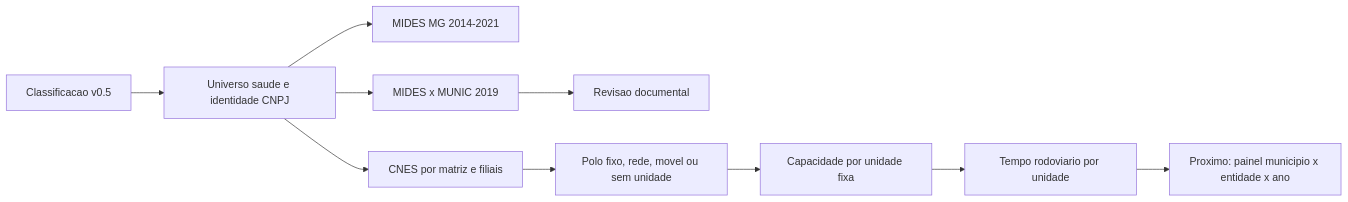
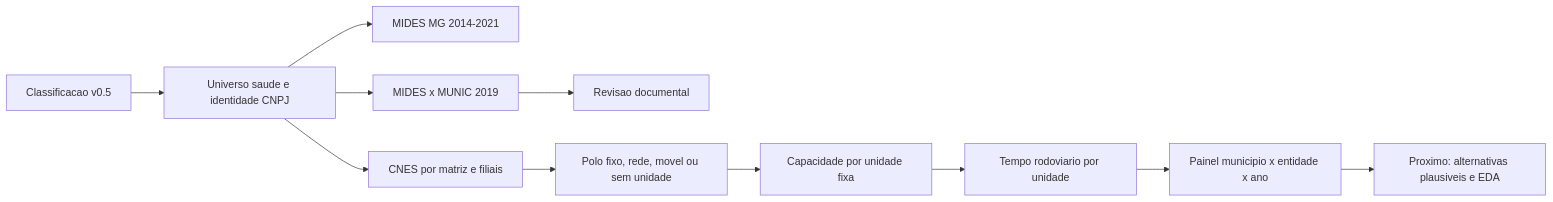
One commit to driano1221/consorcios-mg-dados-territorio changed the diagram in analises/modelo_gravitacional_saude/README.md. Above: the diagram before and after it, drawn with Mermaid. The commit also changed other lines of this file and 9 other files, not shown here.

````diff
--- a/analises/modelo_gravitacional_saude/README.md
+++ b/analises/modelo_gravitacional_saude/README.md
@@ -33,12 +35,13 @@
 ```mermaid
 flowchart LR
   A[Classificacao v0.5] --> B[Universo saude e identidade CNPJ]
   B --> C[MIDES MG 2014-2021]
   B --> D[MIDES x MUNIC 2019]
   D --> E[Revisao documental]
   B --> F[CNES por matriz e filiais]
   F --> G[Polo fixo, rede, movel ou sem unidade]
   G --> H[Capacidade por unidade fixa]
   H --> I[Tempo rodoviario por unidade]
-  I --> J[Proximo: painel municipio x entidade x ano]
+  I --> J[Painel municipio x entidade x ano]
+  J --> K[Proximo: alternativas plausiveis e EDA]
 ```
````
